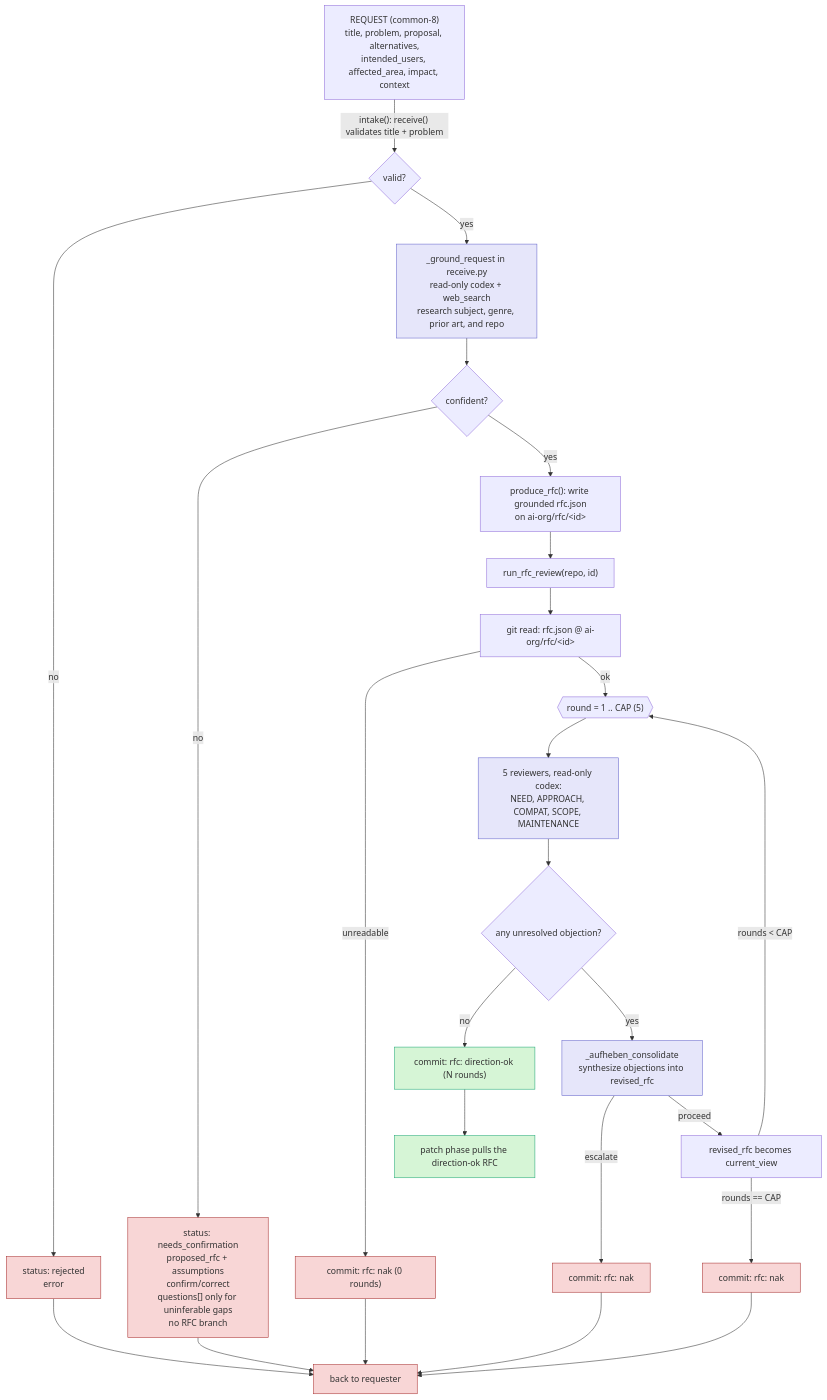
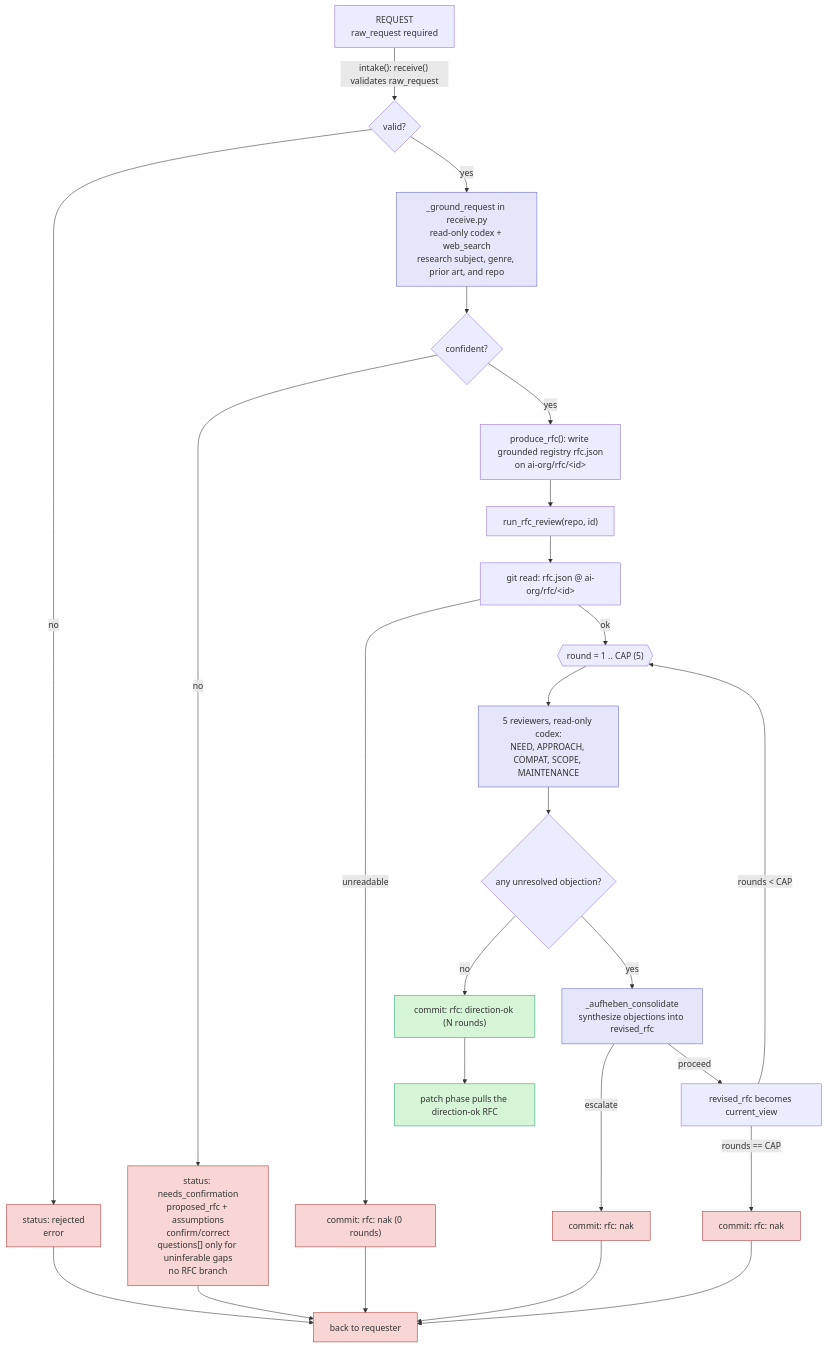
Before and after one commit to mishima-computing/ai-org-bootstrap-codex: the diagram in docs/rfc-flow.md, drawn with Mermaid. The commit also changed other lines of this file and 13 other files, not shown here.

````diff
--- a/docs/rfc-flow.md
+++ b/docs/rfc-flow.md
@@ -8,37 +8,37 @@
 ```mermaid
 flowchart TD
-  REQ["REQUEST (common-8)<br/>title, problem, proposal, alternatives,<br/>intended_users, affected_area, impact, context"]
-  REQ -->|"intake(): receive() validates title + problem"| V{valid?}
+  REQ["REQUEST<br/>raw_request required"]
+  REQ -->|"intake(): receive() validates raw_request"| V{valid?}
   V -->|no| REJ["status: rejected<br/>error"]
   V -->|yes| GROUND["_ground_request in receive.py<br/>read-only codex + web_search<br/>research subject, genre, prior art, and repo"]
   GROUND --> S{confident?}
   S -->|no| CONFIRM["status: needs_confirmation<br/>proposed_rfc + assumptions<br/>confirm/correct<br/>questions[] only for uninferable gaps<br/>no RFC branch"]
-  S -->|yes| PROD["produce_rfc(): write grounded rfc.json<br/>on ai-org/rfc/&lt;id&gt;"]
+  S -->|yes| PROD["produce_rfc(): write grounded registry rfc.json<br/>on ai-org/rfc/&lt;id&gt;"]
 
   PROD --> RUN["run_rfc_review(repo, id)"]
   RUN --> READ["git read: rfc.json @ ai-org/rfc/&lt;id&gt;"]
   READ -->|unreadable| NAK0["commit: rfc: nak (0 rounds)"]
   READ -->|ok| LOOP{{"round = 1 .. CAP (5)"}}
   LOOP --> REV["5 reviewers, read-only codex:<br/>NEED, APPROACH, COMPAT, SCOPE, MAINTENANCE"]
   REV --> Q{any unresolved objection?}
   Q -->|no| DOK["commit: rfc: direction-ok (N rounds)"]
   Q -->|yes| AUF["_aufheben_consolidate<br/>synthesize objections into revised_rfc"]
   AUF -->|escalate| NAK1["commit: rfc: nak"]
   AUF -->|proceed| REVISE["revised_rfc becomes current_view"]
   REVISE -->|"rounds < CAP"| LOOP
   REVISE -->|"rounds == CAP"| NAK2["commit: rfc: nak"]
 
   DOK --> NEXT["patch phase pulls the direction-ok RFC"]
   REJ --> BACK["back to requester"]
   CONFIRM --> BACK
   NAK0 --> BACK
   NAK1 --> BACK
   NAK2 --> BACK
 
   classDef ok fill:#d6f5d6,stroke:#2a7;
   classDef bad fill:#f8d6d6,stroke:#a33;
   classDef codex fill:#e6e6fa,stroke:#66c;
   class DOK,NEXT ok;
   class REJ,CONFIRM,NAK0,NAK1,NAK2,BACK bad;
   class GROUND,REV,AUF codex;
 ```
````
